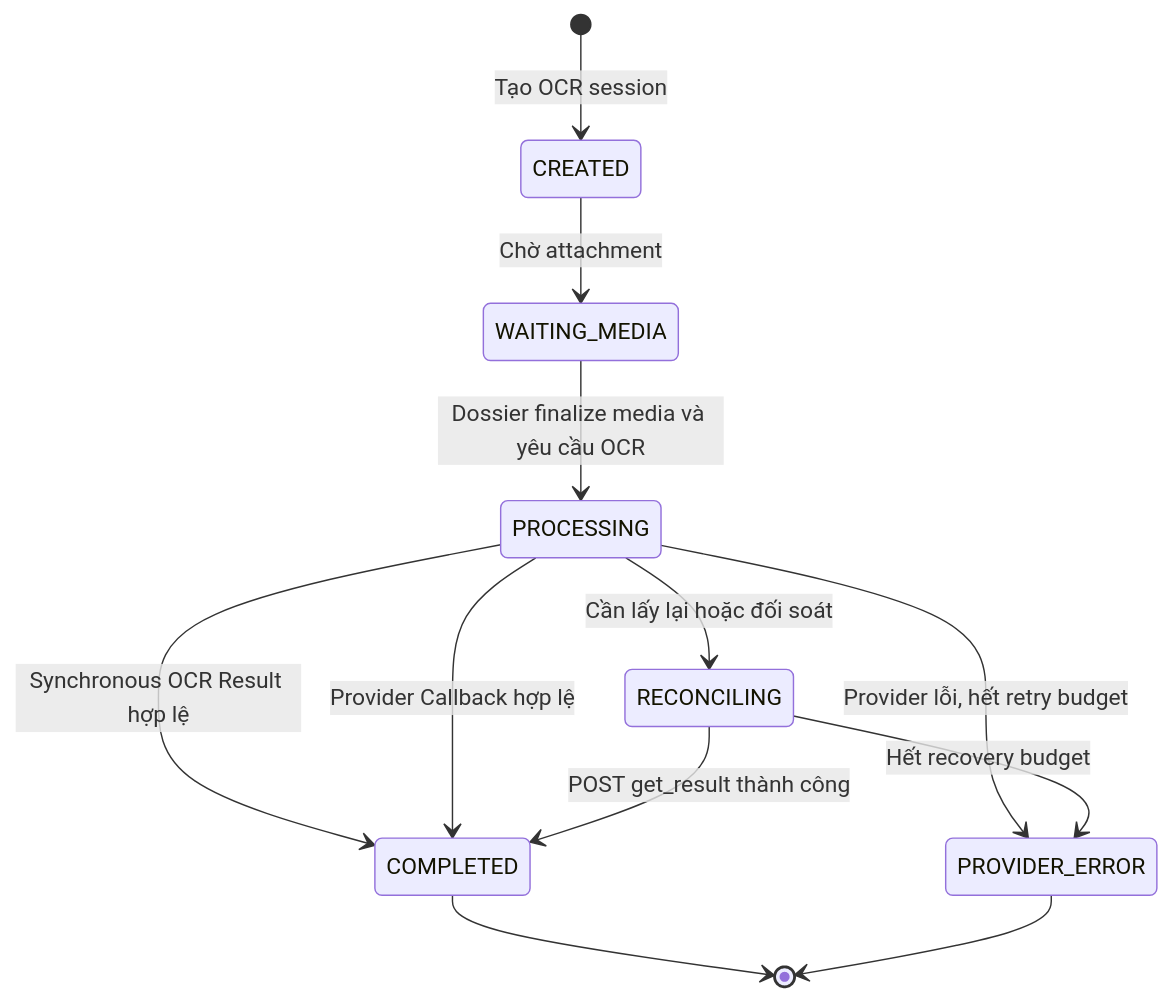
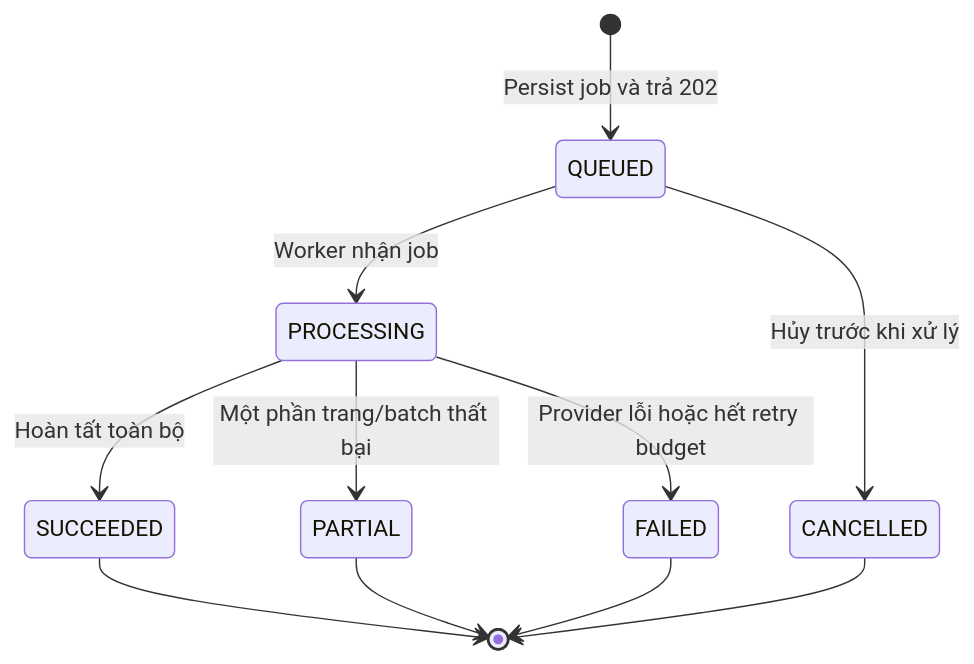
One commit to huynv-xyz/vhm changed the fourth of 10 diagrams in noxh.md. Above: the diagram before and after it, drawn with Mermaid. The commit also changed other lines of this file, not shown here.

````diff
--- a/noxh.md
+++ b/noxh.md
@@ -323,14 +374,13 @@
 ```mermaid
 stateDiagram-v2
-    [*] --> CREATED: Tạo OCR session
-    CREATED --> WAITING_MEDIA: Chờ attachment
-    WAITING_MEDIA --> PROCESSING: Dossier finalize media và yêu cầu OCR
-    PROCESSING --> COMPLETED: Synchronous OCR Result hợp lệ
-    PROCESSING --> COMPLETED: Provider Callback hợp lệ
-    PROCESSING --> PROVIDER_ERROR: Provider lỗi, hết retry budget
-    PROCESSING --> RECONCILING: Cần lấy lại hoặc đối soát
-    RECONCILING --> COMPLETED: POST get_result thành công
-    RECONCILING --> PROVIDER_ERROR: Hết recovery budget
-    COMPLETED --> [*]
-    PROVIDER_ERROR --> [*]
+    [*] --> QUEUED: Persist job và trả 202
+    QUEUED --> PROCESSING: Worker nhận job
+    QUEUED --> CANCELLED: Hủy trước khi xử lý
+    PROCESSING --> SUCCEEDED: Hoàn tất toàn bộ
+    PROCESSING --> PARTIAL: Một phần trang/batch thất bại
+    PROCESSING --> FAILED: Provider lỗi hoặc hết retry budget
+    SUCCEEDED --> [*]
+    PARTIAL --> [*]
+    FAILED --> [*]
+    CANCELLED --> [*]
 ```
````
